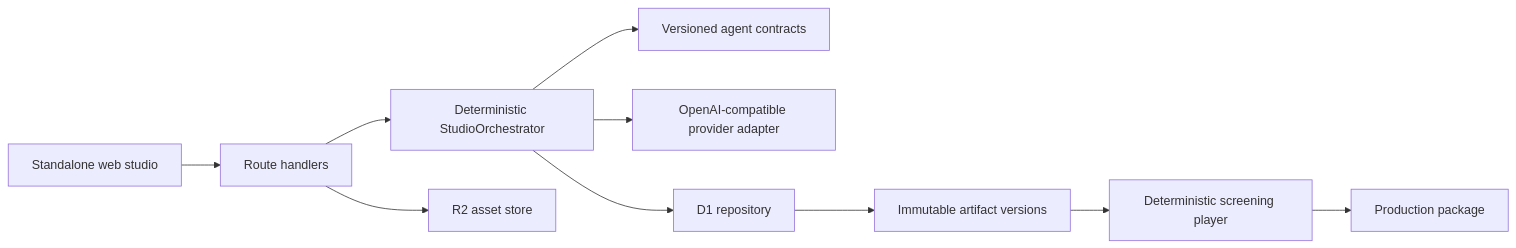
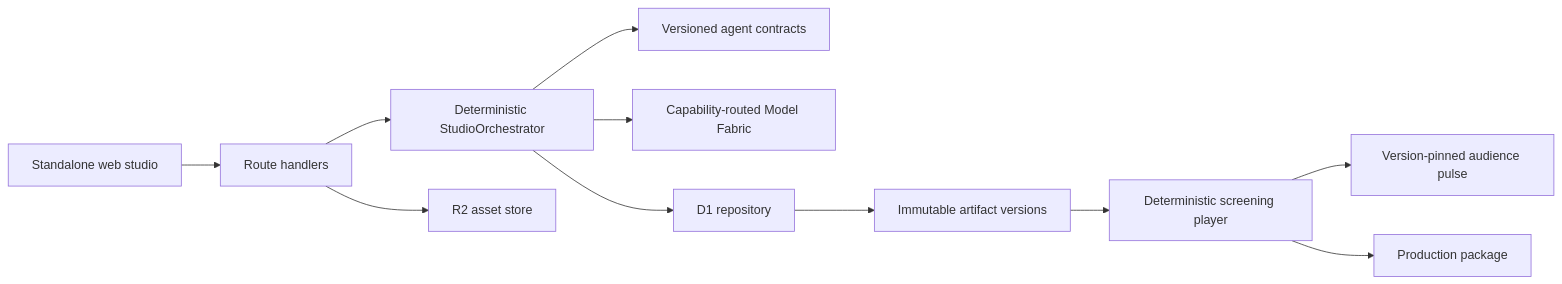
Before and after one commit to mlmrx/OpenWood: the first of 2 diagrams in docs/ARCHITECTURE.md, drawn with Mermaid. The commit also changed other lines of this file and 39 other files, not shown here.

````diff
--- a/docs/ARCHITECTURE.md
+++ b/docs/ARCHITECTURE.md
@@ -7,12 +7,13 @@
 ```mermaid
 flowchart LR
     Browser[Standalone web studio] --> API[Route handlers]
     API --> Orchestrator[Deterministic StudioOrchestrator]
     Orchestrator --> Catalog[Versioned agent contracts]
-    Orchestrator --> Provider[OpenAI-compatible provider adapter]
+    Orchestrator --> Provider[Capability-routed Model Fabric]
     Orchestrator --> Repo[D1 repository]
     API --> Files[R2 asset store]
     Repo --> Artifacts[Immutable artifact versions]
     Artifacts --> Player[Deterministic screening player]
+    Player --> Pulse[Version-pinned audience pulse]
     Player --> Export[Production package]
 ```
````
